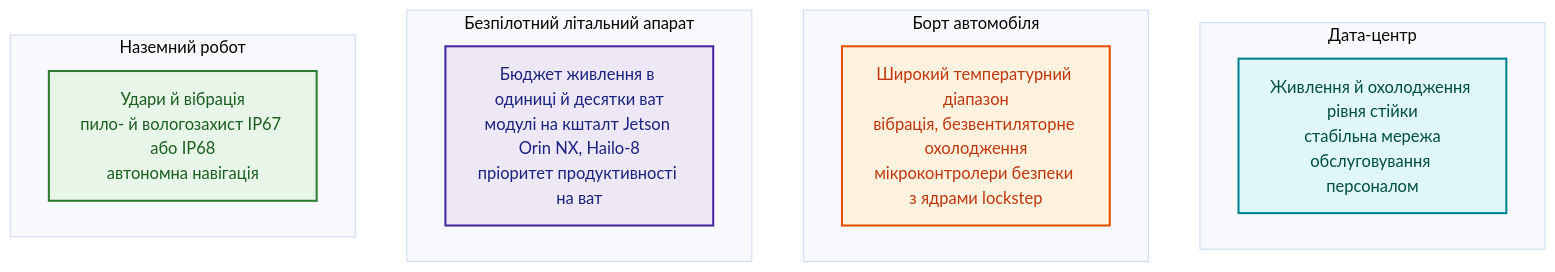
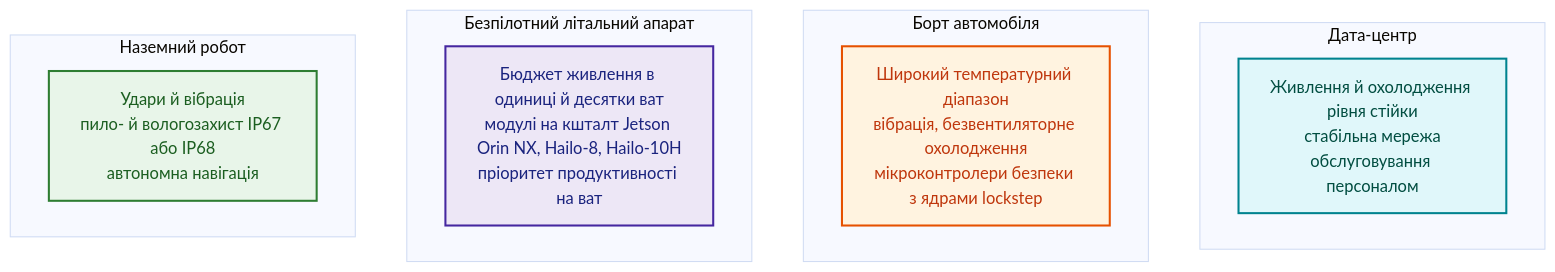
One commit to nick-fedchik/articles changed the seventh of 9 diagrams in ExpertSystem/ch18-execution-infrastructure.md. Above: the diagram before and after it, drawn with Mermaid (base theme). The commit also changed other lines of this file and 2 other files, not shown here.

````diff
--- a/ExpertSystem/ch18-execution-infrastructure.md
+++ b/ExpertSystem/ch18-execution-infrastructure.md
@@ -314,31 +403,31 @@
 ```mermaid
 flowchart TD
     accTitle: Фізичні умови розгортання експертних систем
     accDescr: Порівняння дата-центру, борту автомобіля, безпілотного літального апарата й наземного робота за потужністю, умовами експлуатації та апаратурою.
 
     subgraph DC["Дата-центр"]
         D1["Живлення й охолодження рівня стійки<br/>стабільна мережа<br/>обслуговування персоналом"]
     end
 
     subgraph Auto["Борт автомобіля"]
         A1["Широкий температурний діапазон<br/>вібрація, безвентиляторне охолодження<br/>мікроконтролери безпеки з ядрами lockstep"]
     end
 
     subgraph UAV["Безпілотний літальний апарат"]
-        U1["Бюджет живлення в одиниці й десятки ват<br/>модулі на кшталт Jetson Orin NX, Hailo-8<br/>пріоритет продуктивності на ват"]
+        U1["Бюджет живлення в одиниці й десятки ват<br/>модулі на кшталт Jetson Orin NX, Hailo-8, Hailo-10H<br/>пріоритет продуктивності на ват"]
     end
 
     subgraph UGV["Наземний робот"]
         G1["Удари й вібрація<br/>пило- й вологозахист IP67 або IP68<br/>автономна навігація"]
     end
 
     classDef dc fill:#e0f7fa,stroke:#00838f,stroke-width:2px,color:#004d40;
     classDef auto fill:#fff3e0,stroke:#e65100,stroke-width:2px,color:#bf360c;
     classDef uav fill:#ede7f6,stroke:#4527a0,stroke-width:2px,color:#1a237e;
     classDef ugv fill:#e8f5e9,stroke:#2e7d32,stroke-width:2px,color:#1b5e20;
 
     class D1 dc;
     class A1 auto;
     class U1 uav;
     class G1 ugv;
 ```
````
